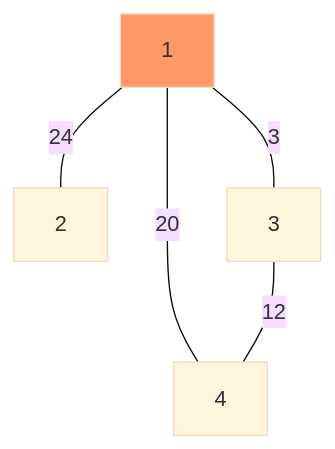
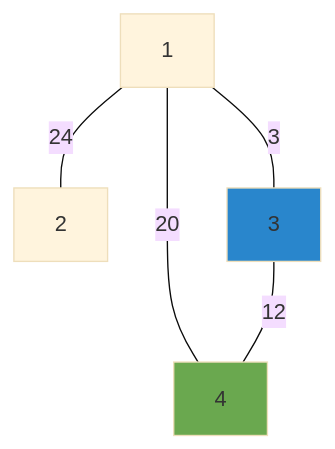
The third of 3 diagrams in graph-theory/dijkstra-shortest-reach-2.md (SlideeScherz/hacker-rank), drawn with Mermaid (base theme) before and after one commit. The commit also changed other lines of this file, not shown here.

````diff
--- a/graph-theory/dijkstra-shortest-reach-2.md
+++ b/graph-theory/dijkstra-shortest-reach-2.md
@@ -24,9 +62,10 @@
 ```mermaid
 flowchart TB
 
-  1:::start---|24|2
+  1---|24|2
   1---|20|4
-  1---|3|3
-  3---|12|4
-  classDef start fill:#f96;
+  1---|3|3:::start
+  3---|12|4:::next
+  classDef start fill:#2986cc;
+  classDef next fill:#6aa84f;
 ```
````
